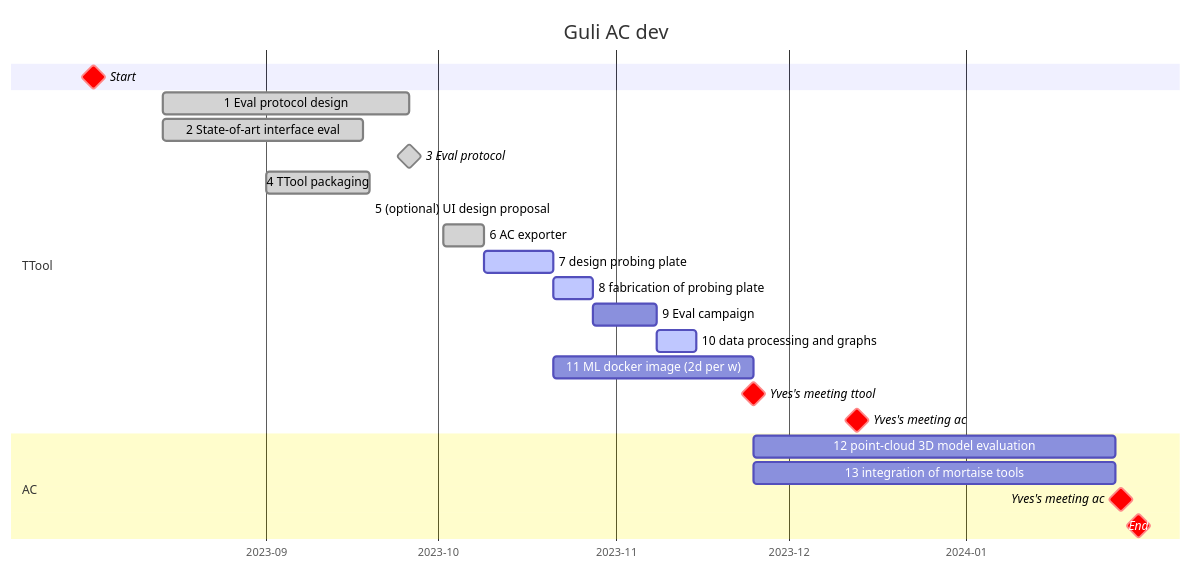
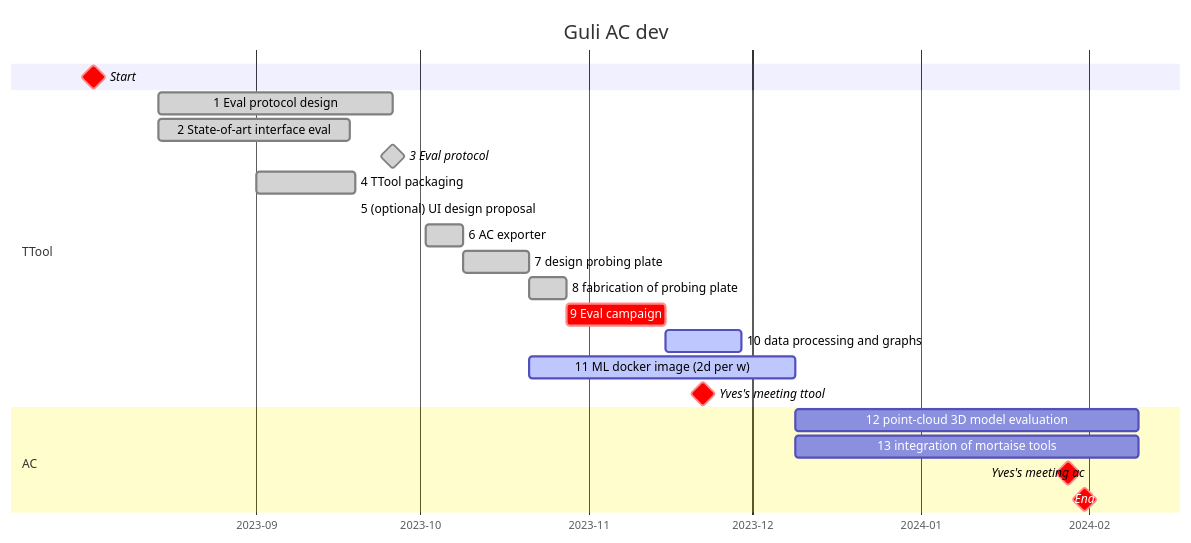
The first of 2 diagrams in README.md (ibois-epfl/augmented-carpentry), drawn with Mermaid before and after one commit.

Commit message:
FIX: planning update

````diff
--- a/README.md
+++ b/README.md
@@ -16,30 +16,29 @@
 ```mermaid
 gantt
     dateFormat  YYYY-MM-DD
     title       Guli AC dev
     axisFormat %Y-%m
 
     Start                                                     :milestone, crit, strt, 2023-08-02, 0d
 
     section TTool
     1 Eval protocol design                                      :done, cmkprj, 2023-08-14, 6.2w
     2 State-of-art interface eval                               :done, ref, 2023-08-14, 5w
     3 Eval protocol                                             :done, milestone, milttol, 2023-09-26, 0d
     4 TTool packaging                                           :done, packcont, 2023-09-01, 2.5w
     5 (optional) UI design proposal                             :uidesign, after packcont, 0d
     6 AC exporter                                               :done, acexp, 2023-10-02, 1w
-    7 design probing plate                                      :active, active, probplt, after acexp, 12d
-    8 fabrication of probing plate                              :active, fabplt, after probplt, 1w
-    9 Eval campaign                                             :eval, after fabplt, 1.5w
-    10 data processing and graphs                               :active, dataaprgr, after eval, 1w
-    11 ML docker image (2d per w)                               :mlclass, after probplt, 5w
-    Yves's meeting ttool                                        :milestone, crit, after mlclass, 0d
-    Yves's meeting ac                                           :milestone, crit, 2023-12-13, 0d
+    7 design probing plate                                      :done, probplt, after acexp, 12d
+    8 fabrication of probing plate                              :done, fabplt, after probplt, 1w
+    9 Eval campaign                                             :crit, eval, after fabplt, 2.5w
+    10 data processing and graphs                               :active, dataaprgr, after eval, 2w
+    11 ML docker image (2d per w)                               :active, mlclass, after probplt, 7w
+    Yves's meeting ttool                                        :milestone, crit, 2023-11-22, 0d
 
     section AC
     12 point-cloud 3D model evaluation                          :acdev, after mlclass, 9w
     13 integration of mortaise tools                            :acdev, after mlclass, 9w
     Yves's meeting ac                                        :milestone, crit, 2024-01-28, 0d
 
     End                                                         :milestone, crit, ender, 2024-01-31, 0d
 ```
````
